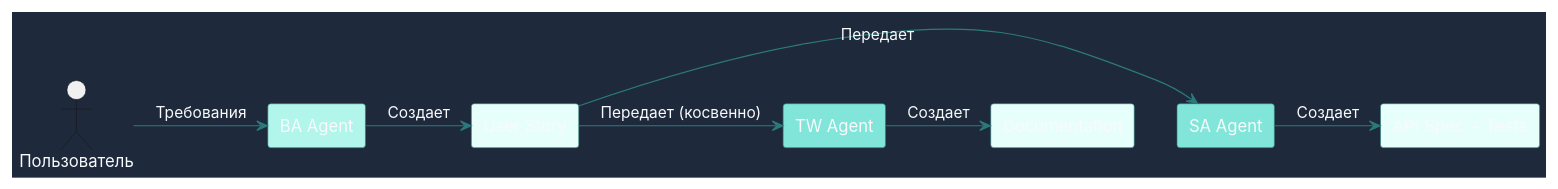
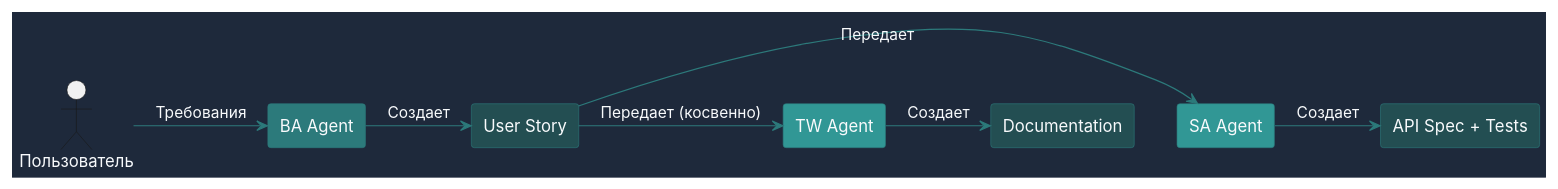
Before and after one commit to anurgaz/cita-agents: the diagram in docs/agents/ba-agent/profile.md, drawn with PlantUML. The commit also changed 11 other files, not shown here.

````diff
--- a/docs/agents/ba-agent/profile.md
+++ b/docs/agents/ba-agent/profile.md
@@ -38,25 +38,25 @@
 ```kroki-plantuml
 @startuml
 skinparam backgroundColor #1e293b
 skinparam shadowing false
 skinparam defaultFontName Inter
 skinparam defaultFontColor #f8fafc
 skinparam ArrowColor #2c7a7b
 skinparam RectangleBorderColor #2c7a7b
 
 actor "Пользователь" as po
-rectangle "BA Agent" as ba #B2F5EA
-rectangle "User Story" as us #E6FFFA
-rectangle "SA Agent" as sa #81E6D9
-rectangle "API Spec + Tests" as api #E6FFFA
-rectangle "TW Agent" as tw #81E6D9
-rectangle "Documentation" as docs #E6FFFA
+rectangle "BA Agent" as ba #2C7A7B
+rectangle "User Story" as us #234E52
+rectangle "SA Agent" as sa #319795
+rectangle "API Spec + Tests" as api #234E52
+rectangle "TW Agent" as tw #319795
+rectangle "Documentation" as docs #234E52
 
 po -> ba : Требования
 ba -> us : Создает
 us -> sa : Передает
 sa -> api : Создает
 us -> tw : Передает (косвенно)
 tw -> docs : Создает
 @enduml
 ```
````
